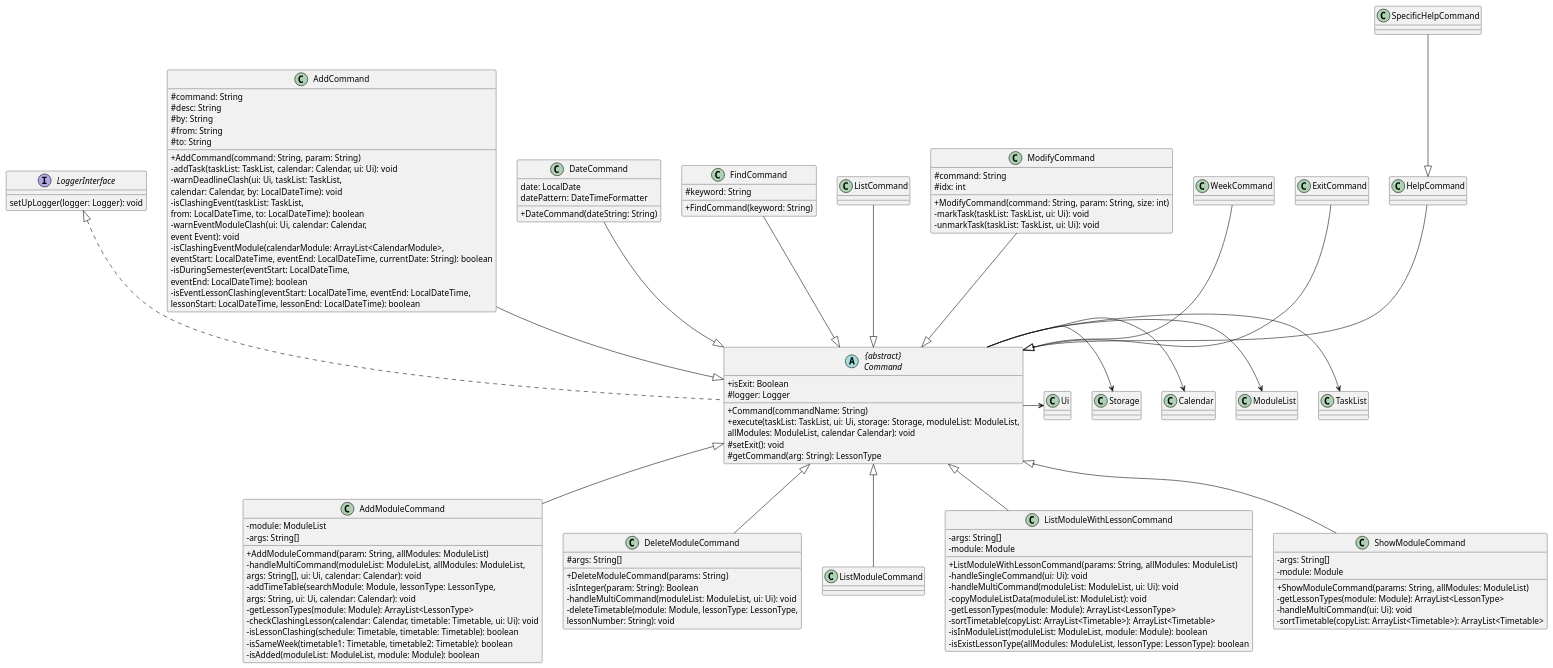
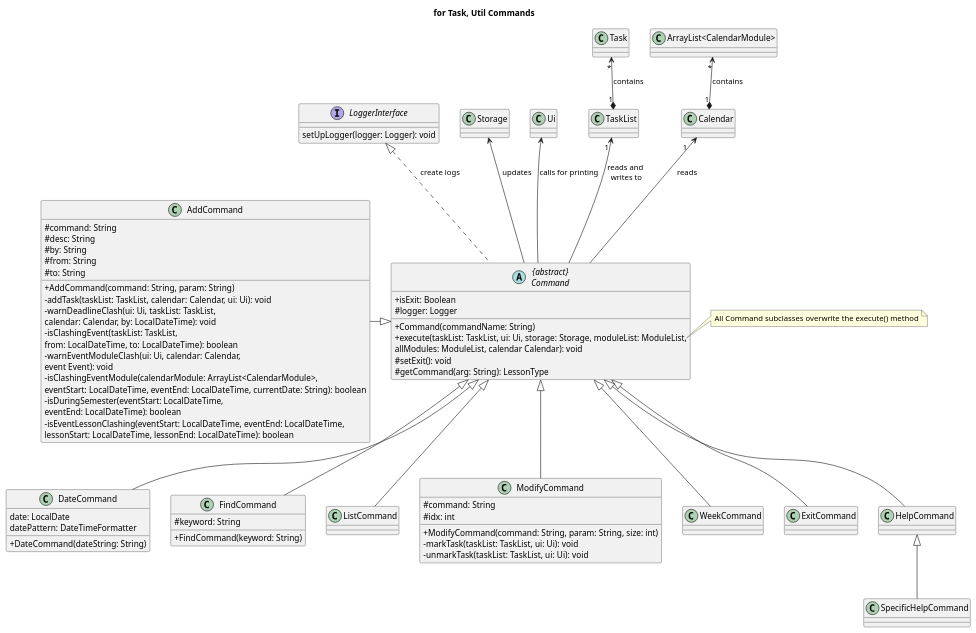
Before and after one commit to nus-cs2113-AY2223S2/tp: the diagram in docs/uml-source/class/Command.puml, drawn with PlantUML. The commit also changed 7 other files, not shown here.

Commit message:
Neaten Command Class diagrams

```diff
--- a/docs/uml-source/class/Command.puml
+++ b/docs/uml-source/class/Command.puml
@@ -1,139 +1,95 @@
 @startuml
 'https://plantuml.com/class-diagram
 skinparam classAttributeIconSize 0
+
+title for Task, Util Commands
 
 interface LoggerInterface {
 setUpLogger(logger: Logger): void
 }
 
 abstract class "{abstract}\nCommand" as Command {
 + isExit: Boolean
 # logger: Logger
 + Command(commandName: String)
 + execute(taskList: TaskList, ui: Ui, storage: Storage, moduleList: ModuleList,
 allModules: ModuleList, calendar Calendar): void
 # setExit(): void
 # getCommand(arg: String): LessonType
 }
-LoggerInterface <|.. Command
-Command -> TaskList
-Command -> ModuleList
-Command -> Calendar
-Command -> Storage
-Command -> Ui
+
+note right of Command::execute
+    All Command subclasses overwrite the execute() method
+end note
+LoggerInterface <|.. Command : create logs
 
 class AddCommand {
 # command: String
 # desc: String
 # by: String
 # from: String
 # to: String
 __
 + AddCommand(command: String, param: String)
 - addTask(taskList: TaskList, calendar: Calendar, ui: Ui): void
 - warnDeadlineClash(ui: Ui, taskList: TaskList,
 calendar: Calendar, by: LocalDateTime): void
 - isClashingEvent(taskList: TaskList,
 from: LocalDateTime, to: LocalDateTime): boolean
 - warnEventModuleClash(ui: Ui, calendar: Calendar,
 event Event): void
 - isClashingEventModule(calendarModule: ArrayList<CalendarModule>,
 eventStart: LocalDateTime, eventEnd: LocalDateTime, currentDate: String): boolean
 - isDuringSemester(eventStart: LocalDateTime,
 eventEnd: LocalDateTime): boolean
 - isEventLessonClashing(eventStart: LocalDateTime, eventEnd: LocalDateTime,
 lessonStart: LocalDateTime, lessonEnd: LocalDateTime): boolean
 }
-AddCommand --|> Command
+AddCommand -|> Command
 
 class DateCommand {
 date: LocalDate
 datePattern: DateTimeFormatter
 + DateCommand(dateString: String)
 }
-DateCommand --|> Command
+Command <|-- DateCommand
 
 class FindCommand{
 # keyword: String
 + FindCommand(keyword: String)
 }
-FindCommand --|> Command
+Command <|-- FindCommand
 
 class ListCommand
-ListCommand --|> Command
+Command <|-- ListCommand
 
 class ModifyCommand{
 # command: String
 # idx: int
 +ModifyCommand(command: String, param: String, size: int)
 -markTask(taskList: TaskList, ui: Ui): void
 -unmarkTask(taskList: TaskList, ui: Ui): void
 }
-ModifyCommand --|> Command
+Command <|-- ModifyCommand
 
 class WeekCommand
-WeekCommand --|> Command
+Command <|-- WeekCommand
 
 class ExitCommand
-ExitCommand --|> Command
+Command <|-- ExitCommand
 
 class HelpCommand
-HelpCommand --|> Command
+Command <|-- HelpCommand
 
 class SpecificHelpCommand
-SpecificHelpCommand --|> HelpCommand
+HelpCommand <|-- SpecificHelpCommand
 
-class AddModuleCommand {
-- module: ModuleList
-- args: String[]
-+ AddModuleCommand(param: String, allModules: ModuleList)
-- handleMultiCommand(moduleList: ModuleList, allModules: ModuleList,
-args: String[], ui: Ui, calendar: Calendar): void
-- addTimeTable(searchModule: Module, lessonType: LessonType,
-args: String, ui: Ui, calendar: Calendar): void
-- getLessonTypes(module: Module): ArrayList<LessonType>
-- checkClashingLesson(calendar: Calendar, timetable: Timetable, ui: Ui): void
-- isLessonClashing(schedule: Timetable, timetable: Timetable): boolean
-- isSameWeek(timetable1: Timetable, timetable2: Timetable): boolean
-- isAdded(moduleList: ModuleList, module: Module): boolean
-}
-Command <|-- AddModuleCommand
+Storage <-- Command : updates
+Ui <-- Command : calls for printing
+TaskList "1 " <-- Command : "reads and\n writes to"
+Task "*" <--* "1" TaskList : contains
+Calendar "1   " <-- Command : reads
+"ArrayList<CalendarModule>" "*" <--* "1" Calendar : contains
 
-class DeleteModuleCommand{
-# args: String[]
-+ DeleteModuleCommand(params: String)
-- isInteger(param: String): Boolean
-- handleMultiCommand(moduleList: ModuleList, ui: Ui): void
-- deleteTimetable(module: Module, lessonType: LessonType,
-lessonNumber: String): void
-}
-Command <|-- DeleteModuleCommand
-
-class ListModuleCommand
-Command <|-- ListModuleCommand
-
-class ListModuleWithLessonCommand {
-- args: String[]
-- module: Module
-+ ListModuleWithLessonCommand(params: String, allModules: ModuleList)
-- handleSingleCommand(ui: Ui): void
-- handleMultiCommand(moduleList: ModuleList, ui: Ui): void
-- copyModuleListData(moduleList: ModuleList): void
-- getLessonTypes(module: Module): ArrayList<LessonType>
-- sortTimetable(copyList: ArrayList<Timetable>): ArrayList<Timetable>
-- isInModuleList(moduleList: ModuleList, module: Module): boolean
-- isExistLessonType(allModules: ModuleList, lessonType: LessonType): boolean
-}
-Command <|-- ListModuleWithLessonCommand
-
-class ShowModuleCommand {
-- args: String[]
-- module: Module
-+ ShowModuleCommand(params: String, allModules: ModuleList)
-- getLessonTypes(module: Module): ArrayList<LessonType>
-- handleMultiCommand(ui: Ui): void
-- sortTimetable(copyList: ArrayList<Timetable>): ArrayList<Timetable>
-}
-Command <|-- ShowModuleCommand
 
 @enduml
```
